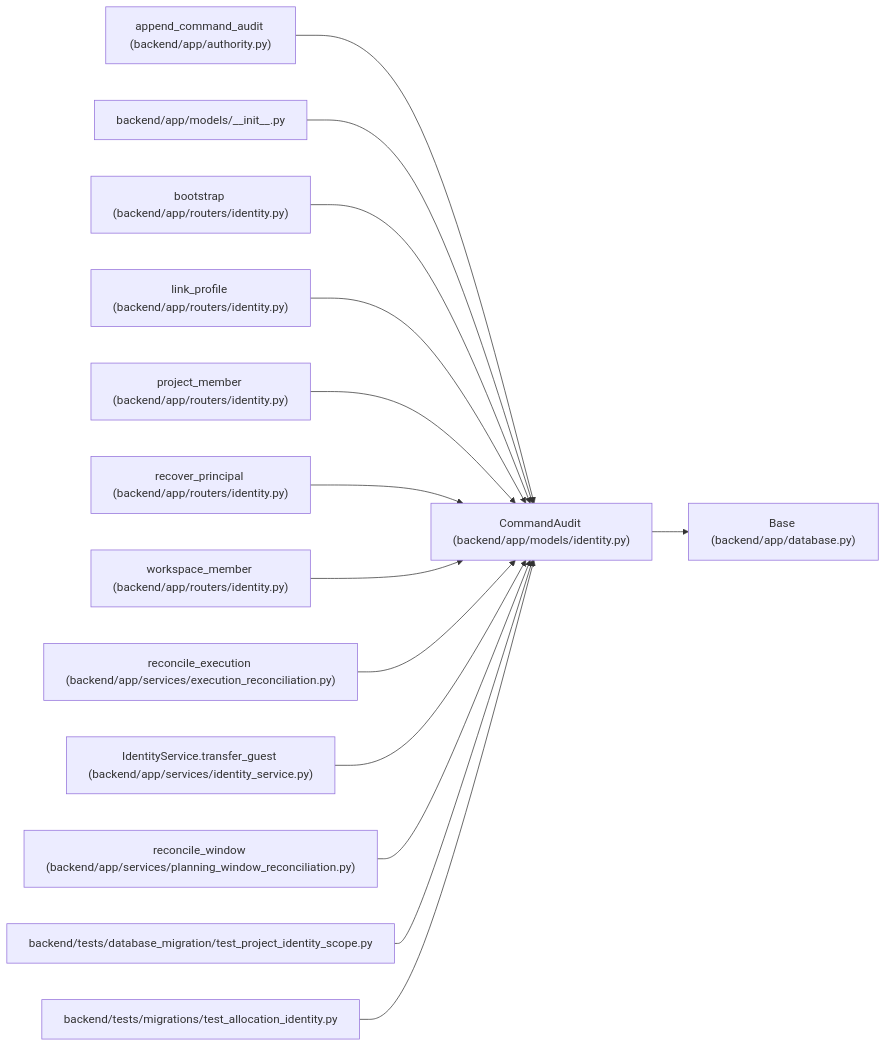
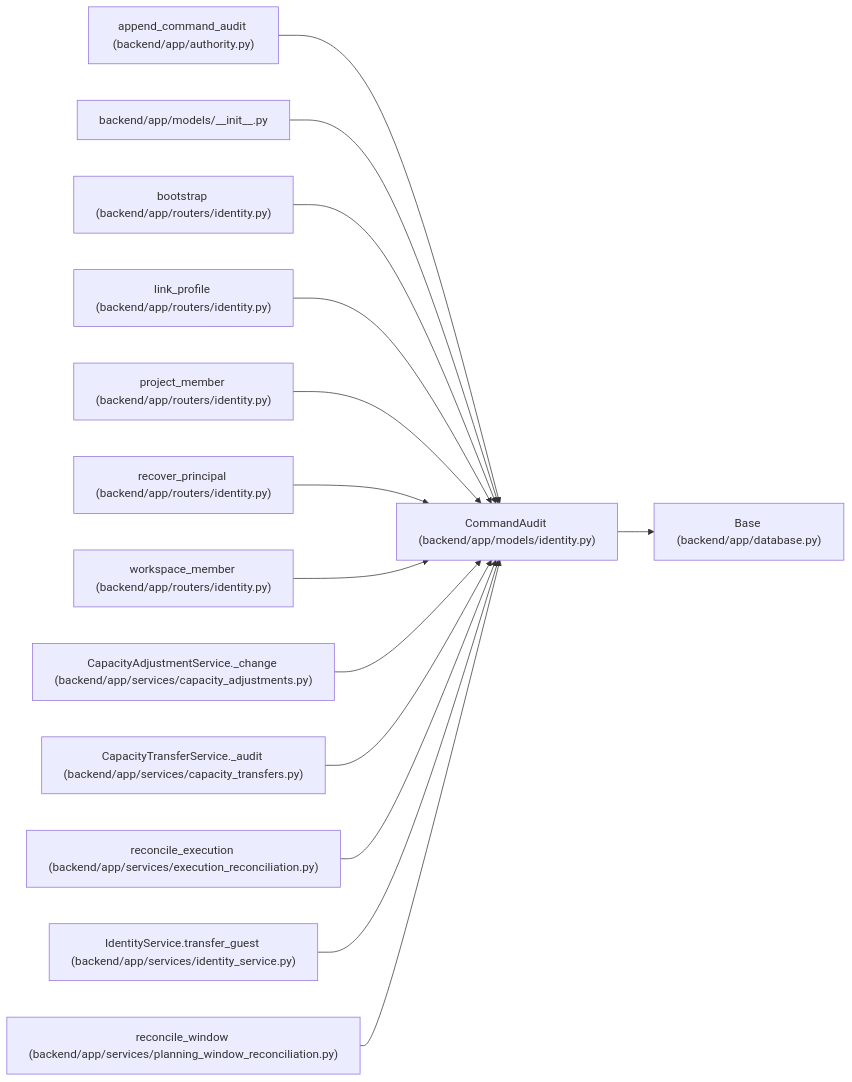
The diagram in docs/llm_wiki/entities/CommandAudit.md (Denissvgn/WorkChord), drawn with Mermaid before and after one commit. The commit also changed other lines of this file and 1817 other files, not shown here.

First line of the commit message:
Refresh the architectural wiki for the 1.9.0 changes

````diff
--- a/docs/llm_wiki/entities/CommandAudit.md
+++ b/docs/llm_wiki/entities/CommandAudit.md
@@ -33,44 +33,44 @@
 ```mermaid
 flowchart LR
     n0["CommandAudit (backend/app/models/identity.py)"]
     n1["Base (backend/app/database.py)"]
     n2["append_command_audit (backend/app/authority.py)"]
     n3["backend/app/models/__init__.py"]
     n4["bootstrap (backend/app/routers/identity.py)"]
     n5["link_profile (backend/app/routers/identity.py)"]
     n6["project_member (backend/app/routers/identity.py)"]
     n7["recover_principal (backend/app/routers/identity.py)"]
     n8["workspace_member (backend/app/routers/identity.py)"]
-    n9["reconcile_execution (backend/app/services/execution_reconciliation.py)"]
-    n10["IdentityService.transfer_guest (backend/app/services/identity_service.py)"]
-    n11["reconcile_window (backend/app/services/planning_window_reconciliation.py)"]
-    n12["backend/tests/database_migration/test_project_identity_scope.py"]
-    n13["backend/tests/migrations/test_allocation_identity.py"]
+    n9["CapacityAdjustmentService._change (backend/app/services/capacity_adjustments.py)"]
+    n10["CapacityTransferService._audit (backend/app/services/capacity_transfers.py)"]
+    n11["reconcile_execution (backend/app/services/execution_reconciliation.py)"]
+    n12["IdentityService.transfer_guest (backend/app/services/identity_service.py)"]
+    n13["reconcile_window (backend/app/services/planning_window_reconciliation.py)"]
     n0 --> n1
     n2 --> n0
     n3 --> n0
     n4 --> n0
     n5 --> n0
     n6 --> n0
     n7 --> n0
     n8 --> n0
     n9 --> n0
     n10 --> n0
     n11 --> n0
     n12 --> n0
     n13 --> n0
     click n0 "../modules/models_identity.md"
     click n1 "../modules/app_database.md"
     click n2 "../modules/authority.md"
     click n3 "../modules/models___init__.md"
     click n4 "../modules/routers_identity.md"
     click n5 "../modules/routers_identity.md"
     click n6 "../modules/routers_identity.md"
     click n7 "../modules/routers_identity.md"
     click n8 "../modules/routers_identity.md"
-    click n9 "../modules/execution_reconciliation.md"
-    click n10 "../modules/identity_service.md"
-    click n11 "../modules/planning_window_reconciliation.md"
-    click n12 "../modules/test_project_identity_scope.md"
-    click n13 "../modules/test_allocation_identity.md"
+    click n9 "../modules/capacity_adjustments.md"
+    click n10 "../modules/capacity_transfers.md"
+    click n11 "../modules/execution_reconciliation.md"
+    click n12 "../modules/identity_service.md"
+    click n13 "../modules/planning_window_reconciliation.md"
 ```
````
